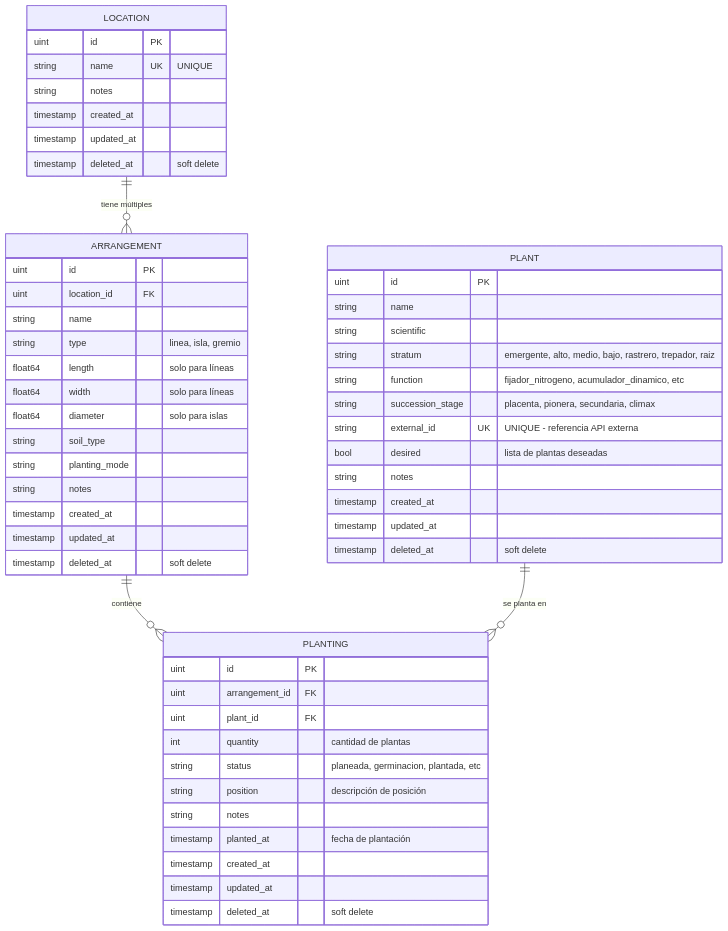
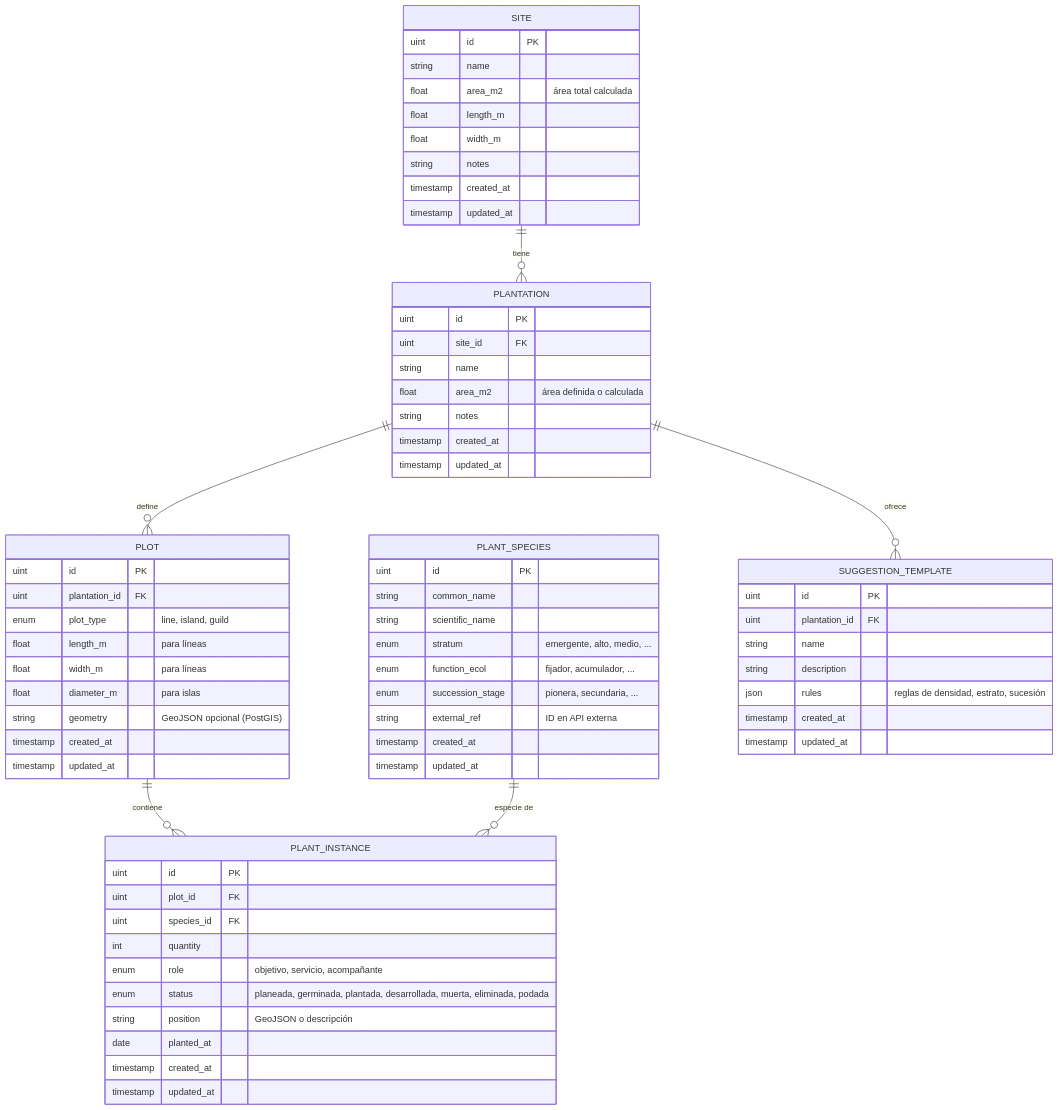
Before and after one commit to deibyssoca/sintronia: the first of 4 diagrams in docs/mermaid-diagram.md, drawn with Mermaid. The commit also changed other lines of this file and 4 other files, not shown here.

````diff
--- a/docs/mermaid-diagram.md
+++ b/docs/mermaid-diagram.md
@@ -5,61 +5,78 @@
 ```mermaid
 erDiagram
-    LOCATION {
-        uint id PK
-        string name UK "UNIQUE"
-        string notes
+    %% Entidades principales
+    SITE {
+        uint    id PK
+        string  name
+        float   area_m2     "área total calculada"
+        float   length_m
+        float   width_m
+        string  notes
         timestamp created_at
         timestamp updated_at
-        timestamp deleted_at "soft delete"
     }
-    
-    ARRANGEMENT {
-        uint id PK
-        uint location_id FK
-        string name
-        string type "linea, isla, gremio"
-        float64 length "solo para líneas"
-        float64 width "solo para líneas"
-        float64 diameter "solo para islas"
-        string soil_type
-        string planting_mode
-        string notes
+
+    PLANTATION {
+        uint    id PK
+        uint    site_id FK
+        string  name
+        float   area_m2     "área definida o calculada"
+        string  notes
         timestamp created_at
         timestamp updated_at
-        timestamp deleted_at "soft delete"
     }
-    
-    PLANT {
-        uint id PK
-        string name
-        string scientific
-        string stratum "emergente, alto, medio, bajo, rastrero, trepador, raiz"
-        string function "fijador_nitrogeno, acumulador_dinamico, etc"
-        string succession_stage "placenta, pionera, secundaria, climax"
-        string external_id UK "UNIQUE - referencia API externa"
-        bool desired "lista de plantas deseadas"
-        string notes
+
+    PLOT {
+        uint    id PK
+        uint    plantation_id FK
+        enum    plot_type   "line, island, guild"
+        float   length_m    "para líneas"
+        float   width_m     "para líneas"
+        float   diameter_m  "para islas"
+        string  geometry    "GeoJSON opcional (PostGIS)"
         timestamp created_at
         timestamp updated_at
-        timestamp deleted_at "soft delete"
     }
-    
-    PLANTING {
-        uint id PK
-        uint arrangement_id FK
-        uint plant_id FK
-        int quantity "cantidad de plantas"
-        string status "planeada, germinacion, plantada, etc"
-        string position "descripción de posición"
-        string notes
-        timestamp planted_at "fecha de plantación"
+
+    PLANT_SPECIES {
+        uint    id PK
+        string  common_name
+        string  scientific_name
+        enum    stratum            "emergente, alto, medio, ..."
+        enum    function_ecol      "fijador, acumulador, ..."
+        enum    succession_stage   "pionera, secundaria, ..."
+        string  external_ref       "ID en API externa"
         timestamp created_at
         timestamp updated_at
-        timestamp deleted_at "soft delete"
     }
-    
+
+    PLANT_INSTANCE {
+        uint    id PK
+        uint    plot_id FK
+        uint    species_id FK
+        int     quantity
+        enum    role               "objetivo, servicio, acompañante"
+        enum    status             "planeada, germinada, plantada, desarrollada, muerta, eliminada, podada"
+        string  position           "GeoJSON o descripción"
+        date    planted_at
+        timestamp created_at
+        timestamp updated_at
+    }
+
+    SUGGESTION_TEMPLATE {
+        uint    id PK
+        uint    plantation_id FK
+        string  name
+        string  description
+        json    rules              "reglas de densidad, estrato, sucesión"
+        timestamp created_at
+        timestamp updated_at
+    }
+
     %% Relaciones
-    LOCATION ||--o{ ARRANGEMENT : "tiene múltiples"
-    ARRANGEMENT ||--o{ PLANTING : "contiene"
-    PLANT ||--o{ PLANTING : "se planta en"
+    SITE          ||--o{ PLANTATION          : "tiene"
+    PLANTATION   ||--o{ PLOT                 : "define"
+    PLOT         ||--o{ PLANT_INSTANCE       : "contiene"
+    PLANT_SPECIES||--o{ PLANT_INSTANCE       : "especie de"
+    PLANTATION   ||--o{ SUGGESTION_TEMPLATE  : "ofrece"
 ```
````
